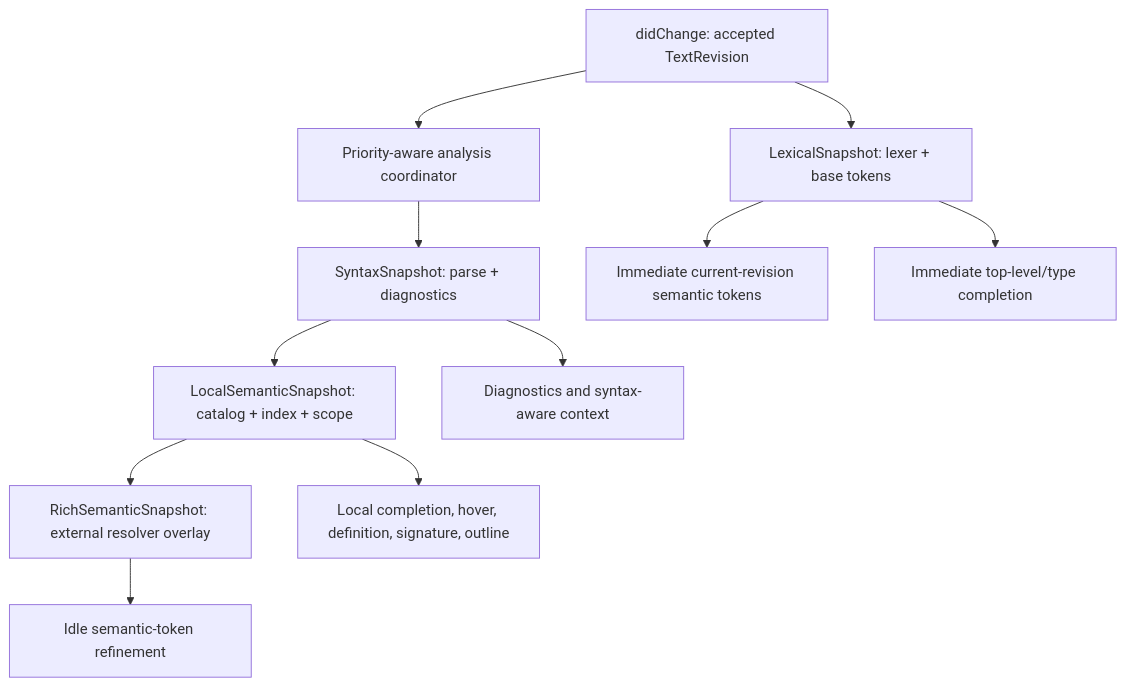
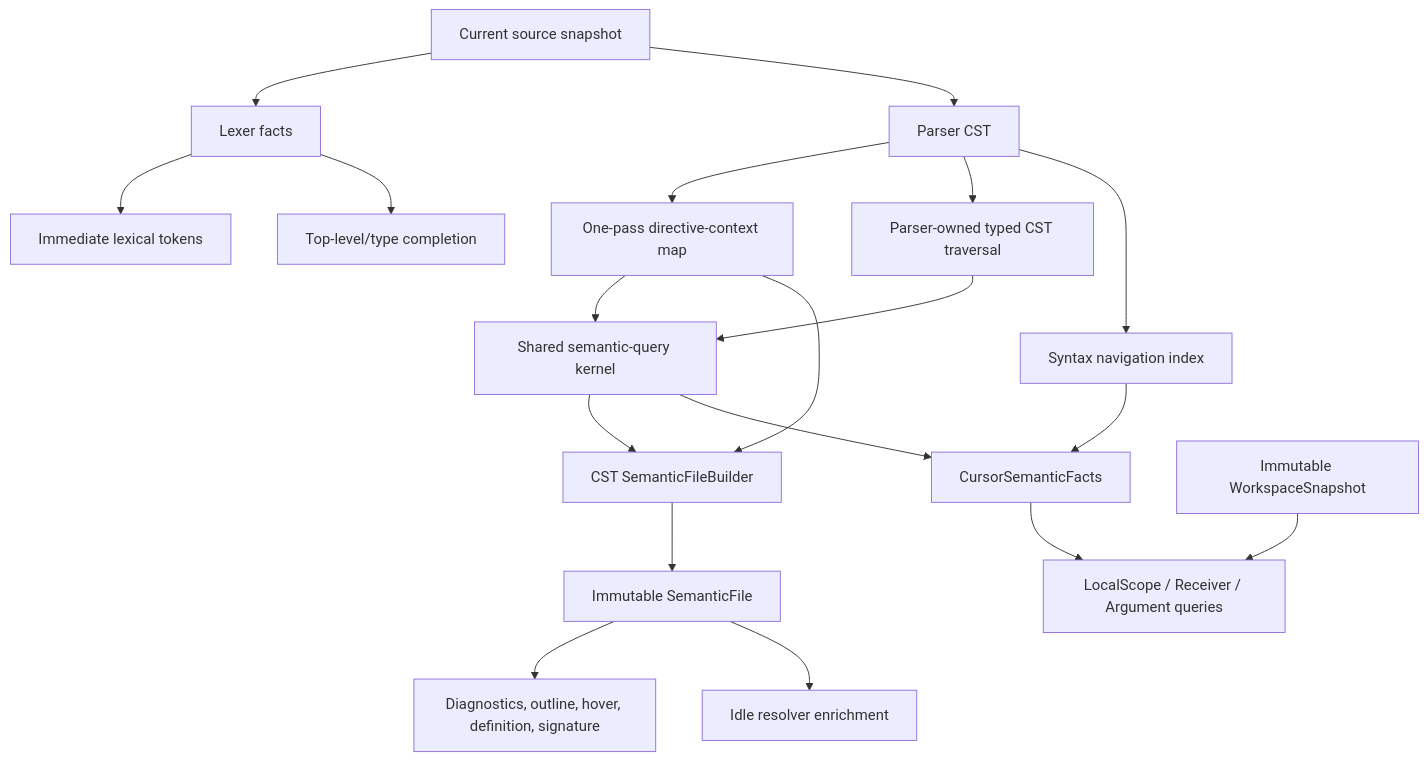
One commit to MiniHood/reforger-script-tools changed the diagram in docs/plans/2026-07-18-019-layered-lsp-document-pipeline-plan.md. Above: the diagram before and after it, drawn with Mermaid. The commit also changed other lines of this file and 27 other files, not shown here.

````diff
--- a/docs/plans/2026-07-18-019-layered-lsp-document-pipeline-plan.md
+++ b/docs/plans/2026-07-18-019-layered-lsp-document-pipeline-plan.md
@@ -62,13 +59,21 @@
 ```mermaid
 flowchart TB
-  Change[didChange: accepted TextRevision] --> Lex[LexicalSnapshot: lexer + base tokens]
-  Change --> Queue[Priority-aware analysis coordinator]
-  Queue --> Syntax[SyntaxSnapshot: parse + diagnostics]
-  Syntax --> Local[LocalSemanticSnapshot: catalog + index + scope]
-  Local --> Rich[RichSemanticSnapshot: external resolver overlay]
-  Lex --> BaseTokens[Immediate current-revision semantic tokens]
-  Lex --> FastCompletion[Immediate top-level/type completion]
-  Syntax --> Diagnostics[Diagnostics and syntax-aware context]
-  Local --> ExactFeatures[Local completion, hover, definition, signature, outline]
-  Rich --> RefinedTokens[Idle semantic-token refinement]
+  Source[Current source snapshot] --> Lex[Lexer facts]
+  Source --> CST[Parser CST]
+  CST --> Directives[One-pass directive-context map]
+  CST --> Typed[Parser-owned typed CST traversal]
+  Typed --> Kernel[Shared semantic-query kernel]
+  Directives --> Kernel
+  Kernel --> Builder[CST SemanticFileBuilder]
+  Directives --> Builder
+  Builder --> Semantic[Immutable SemanticFile]
+  Lex --> LexTokens[Immediate lexical tokens]
+  Lex --> TopLevel[Top-level/type completion]
+  CST --> Navigation[Syntax navigation index]
+  Kernel --> Cursor[CursorSemanticFacts]
+  Navigation --> Cursor
+  Cursor --> ExactCompletion[LocalScope / Receiver / Argument queries]
+  Workspace[Immutable WorkspaceSnapshot] --> ExactCompletion
+  Semantic --> ExactFeatures[Diagnostics, outline, hover, definition, signature]
+  Semantic --> Rich[Idle resolver enrichment]
 ```
````
